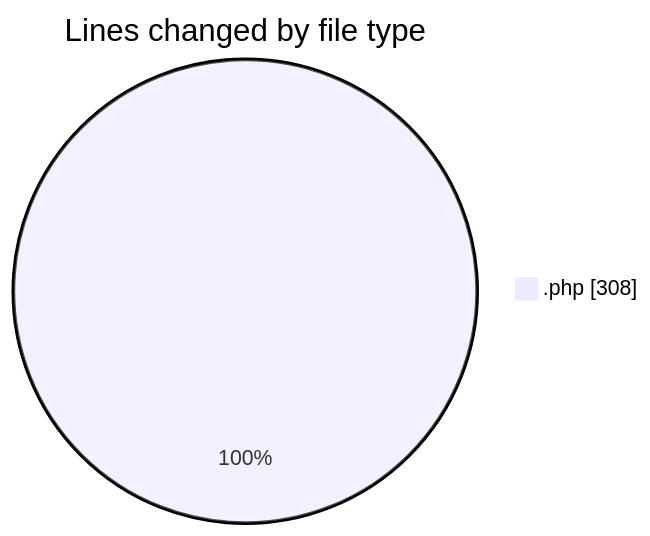
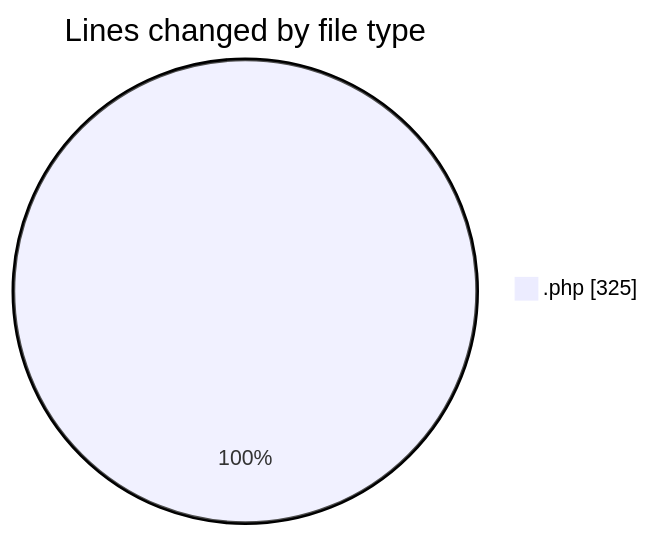
The first of 2 diagrams in 2025-03-26/kml/README.md (LanceThiago/code-tracking), drawn with Mermaid before and after one commit. The commit also changed other lines of this file and 1 other file, not shown here.

````diff
--- a/2025-03-26/kml/README.md
+++ b/2025-03-26/kml/README.md
@@ -20,5 +20,5 @@
 ```mermaid
 pie showData
 title Lines changed by file type
-".php" : 308
+".php" : 325
 ```
````
